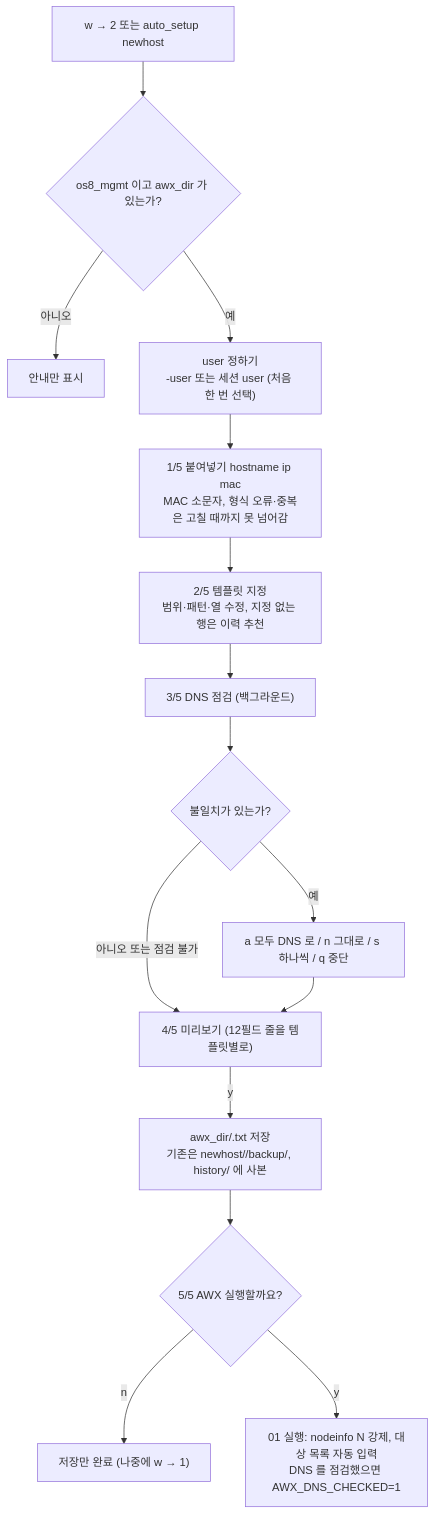
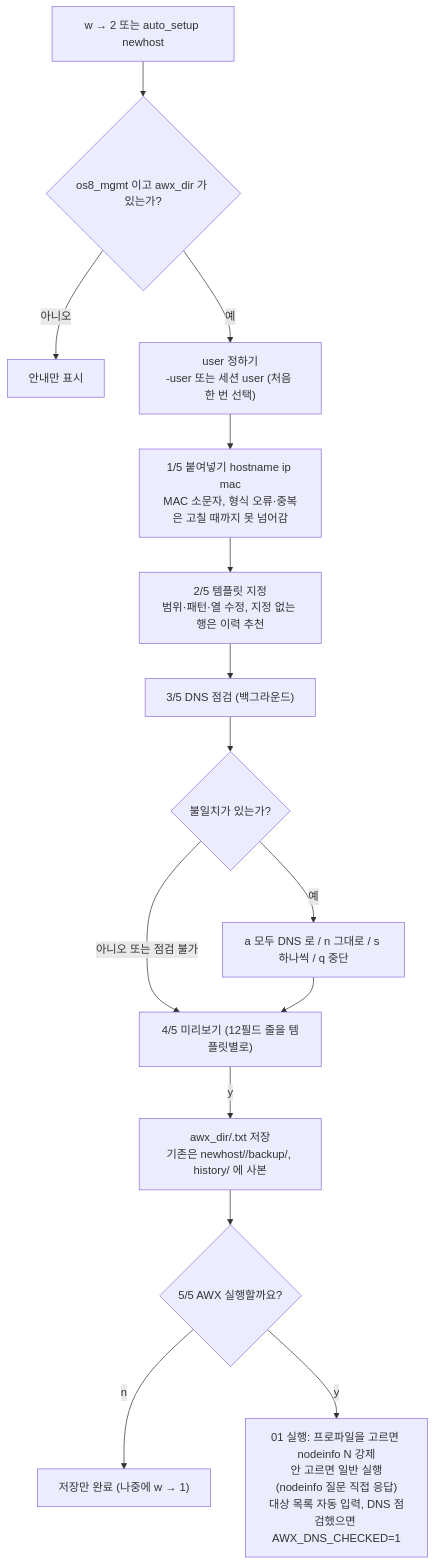
Before and after one commit to qazx2675/myrepo: the fifth of 7 diagrams in .claude/HPC/auto_setup/WORKFLOW.md, drawn with Mermaid. The commit also changed other lines of this file and 20 other files, not shown here.

First line of the commit message:
fix(HPC/auto_setup): v0.8.1 신규 설치 양식 → AWX 에서 프로파일을 고르지 않으면 nodeinfo 자동 N 을 적용하지 않음

````diff
--- a/.claude/HPC/auto_setup/WORKFLOW.md
+++ b/.claude/HPC/auto_setup/WORKFLOW.md
@@ -268,17 +268,17 @@
 ```mermaid
 flowchart TD
     A["w → 2 또는 auto_setup newhost"] --> B{"os8_mgmt 이고 awx_dir 가 있는가?"}
     B -->|"아니오"| B1["안내만 표시"]
     B -->|"예"| U["user 정하기<br/>-user 또는 세션 user (처음 한 번 선택)"]
     U --> P["1/5 붙여넣기 hostname ip mac<br/>MAC 소문자, 형식 오류·중복은 고칠 때까지 못 넘어감"]
     P --> T["2/5 템플릿 지정<br/>범위·패턴·열 수정, 지정 없는 행은 이력 추천"]
     T --> D["3/5 DNS 점검 (백그라운드)"]
     D --> DQ{"불일치가 있는가?"}
     DQ -->|"아니오 또는 점검 불가"| V
     DQ -->|"예"| DA["a 모두 DNS 로 / n 그대로 / s 하나씩 / q 중단"]
     DA --> V["4/5 미리보기 (12필드 줄을 템플릿별로)"]
     V -->|"y"| SV["awx_dir/<user>.txt 저장<br/>기존은 newhost/<user>/backup/, history/ 에 사본"]
     SV --> AQ{"5/5 AWX 실행할까요?"}
     AQ -->|"n"| E["저장만 완료 (나중에 w → 1)"]
-    AQ -->|"y"| AX["01 실행: nodeinfo N 강제, 대상 목록 자동 입력<br/>DNS 를 점검했으면 AWX_DNS_CHECKED=1"]
+    AQ -->|"y"| AX["01 실행: 프로파일을 고르면 nodeinfo N 강제<br/>안 고르면 일반 실행(nodeinfo 질문 직접 응답)<br/>대상 목록 자동 입력, DNS 점검했으면 AWX_DNS_CHECKED=1"]
 ```
````
